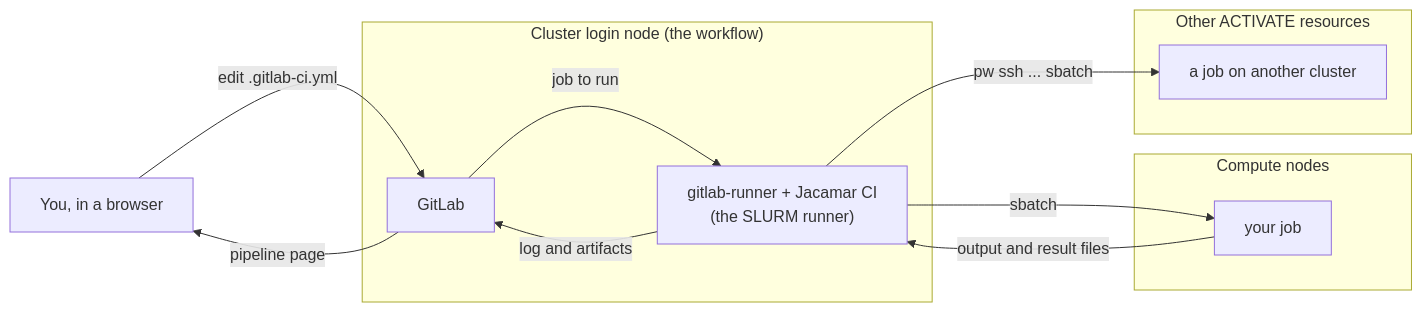
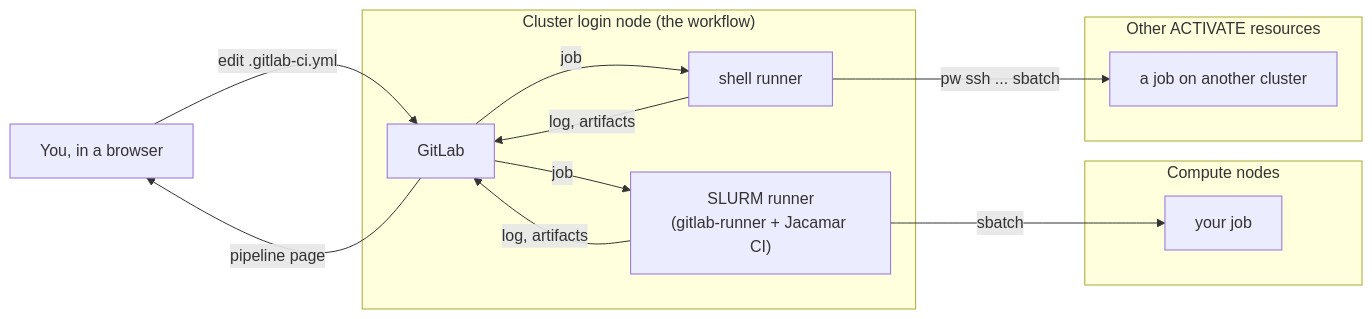
Before and after one commit to parallelworks/workflows: the first of 3 diagrams in workflows/gitlab/tutorial/README.md, drawn with Mermaid. The commit also changed other lines of this file and 23 other files, not shown here.

Commit message:
gitlab: no cluster-wide SLURM options input and no example project (the tutorial creates its project by hand and asks for the cluster's sbatch options in the files); tutorial reordered: shell runner, shell runner with pw, SLURM runner

````diff
--- a/workflows/gitlab/tutorial/README.md
+++ b/workflows/gitlab/tutorial/README.md
@@ -9,20 +9,22 @@
 ```mermaid
 flowchart LR
     you["You, in a browser"] -- "edit .gitlab-ci.yml" --> gitlab
     subgraph login["Cluster login node (the workflow)"]
         gitlab["GitLab"]
-        runner["gitlab-runner + Jacamar CI<br/>(the SLURM runner)"]
+        shell["shell runner"]
+        slurm["SLURM runner<br/>(gitlab-runner + Jacamar CI)"]
     end
     subgraph compute["Compute nodes"]
         job["your job"]
     end
     subgraph others["Other ACTIVATE resources"]
         other["a job on another cluster"]
     end
-    gitlab -- "job to run" --> runner
-    runner -- "sbatch" --> job
-    runner -- "pw ssh ... sbatch" --> other
-    job -- "output and result files" --> runner
-    runner -- "log and artifacts" --> gitlab
+    gitlab -- "job" --> shell
+    gitlab -- "job" --> slurm
+    shell -- "pw ssh ... sbatch" --> other
+    slurm -- "sbatch" --> job
+    shell -- "log, artifacts" --> gitlab
+    slurm -- "log, artifacts" --> gitlab
     gitlab -- "pipeline page" --> you
 ```
````
